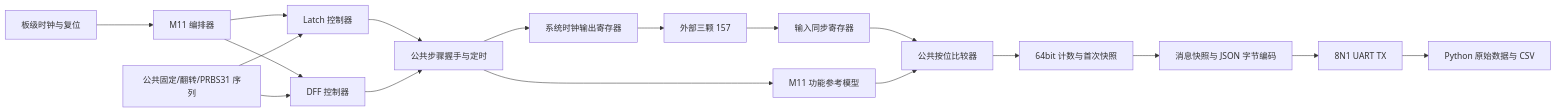
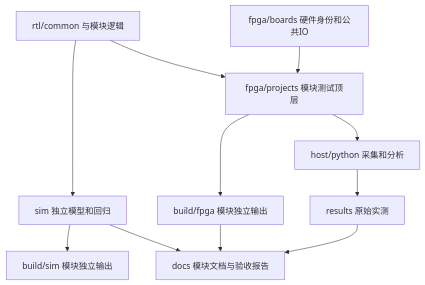
One commit to boksop/swcell changed the diagram in docs/architecture.md. Above: the diagram before and after it, drawn with Mermaid. The commit also changed other lines of this file and 97 other files, not shown here.

First line of the commit message:
refactor(swcell): separate board resources and module FPGA projects

````diff
--- a/docs/architecture.md
+++ b/docs/architecture.md
@@ -7,20 +5,13 @@
 ```mermaid
-flowchart LR
-  Board[板级时钟与复位] --> Top[M11 编排器]
-  Top --> L[Latch 控制器]
-  Top --> F[DFF 控制器]
-  Sequence[公共固定/翻转/PRBS31 序列] --> L
-  Sequence --> F
-  L --> Timer[公共步骤握手与定时]
-  F --> Timer
-  Timer --> IO[系统时钟输出寄存器]
-  IO --> DUT[外部三颗 157]
-  Timer --> Ref[M11 功能参考模型]
-  DUT --> Sync[输入同步寄存器]
-  Sync --> Compare[公共按位比较器]
-  Ref --> Compare
-  Compare --> Log[64bit 计数与首次快照]
-  Log --> JSON[消息快照与 JSON 字节编码]
-  JSON --> UART[8N1 UART TX]
-  UART --> PC[Python 原始数据与 CSV]
+flowchart TB
+  CORE[rtl/common 与模块逻辑] --> SIM[sim 独立模型和回归]
+  CORE --> APP[fpga/projects 模块测试顶层]
+  BOARD[fpga/boards 硬件身份和公共IO] --> APP
+  APP --> BUILD[build/fpga 模块独立输出]
+  SIM --> SB[build/sim 模块独立输出]
+  APP --> HOST[host/python 采集和分析]
+  HOST --> RAW[results 原始实测]
+  BUILD --> DOC[docs 模块文档与验收报告]
+  RAW --> DOC
+  SIM --> DOC
 ```
````
